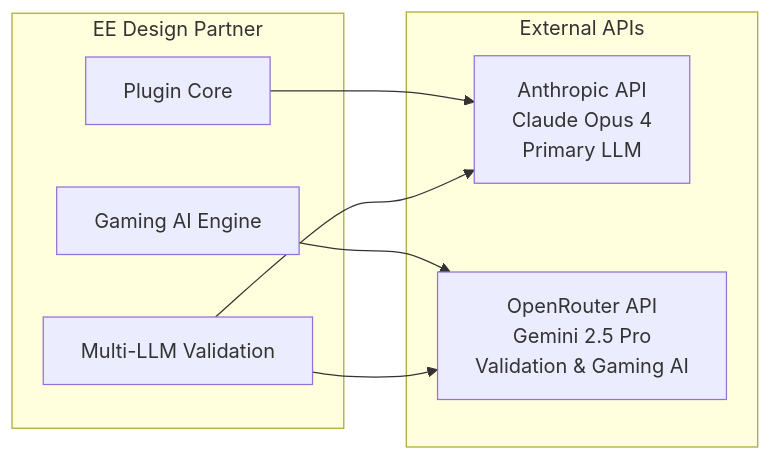
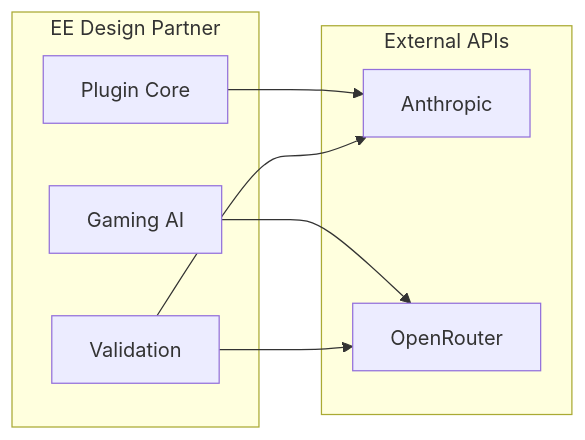
The seventh of 9 diagrams in ARCHITECTURE.md (adverant/adverant-nexus-ee-design-partner), drawn with Mermaid before and after one commit. The commit also changed other lines of this file, not shown here.

First line of the commit message:
docs: fix Mermaid diagram rendering for marketplace

````diff
--- a/ARCHITECTURE.md
+++ b/ARCHITECTURE.md
@@ -258,18 +270,18 @@
 ```mermaid
 graph LR
     subgraph "EE Design Partner"
         Plugin[Plugin Core]
-        GamingAI[Gaming AI Engine]
-        Validation[Multi-LLM Validation]
+        GamingAI[Gaming AI]
+        Validation[Validation]
     end
 
     subgraph "External APIs"
-        Anthropic[Anthropic API<br/>Claude Opus 4<br/>Primary LLM]
-        OpenRouter[OpenRouter API<br/>Gemini 2.5 Pro<br/>Validation & Gaming AI]
+        Anthropic[Anthropic]
+        OpenRouter[OpenRouter]
     end
 
     Plugin --> Anthropic
     GamingAI --> OpenRouter
     Validation --> Anthropic
     Validation --> OpenRouter
 ```
````
